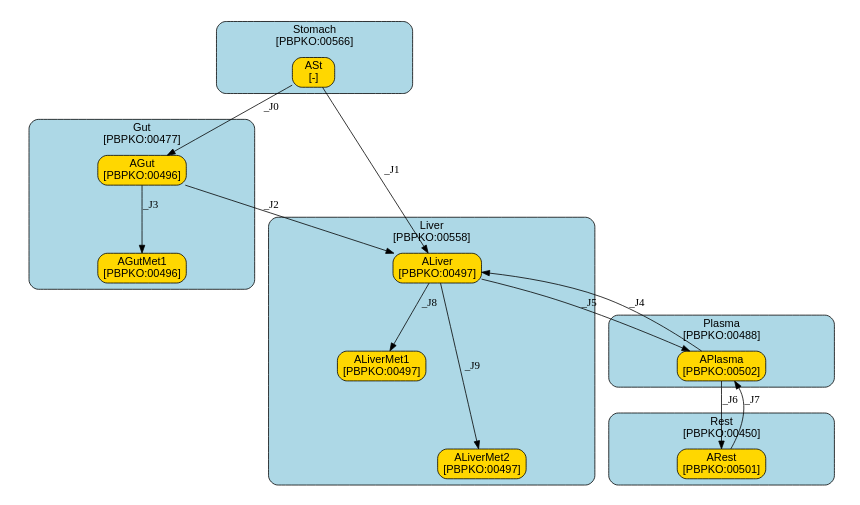
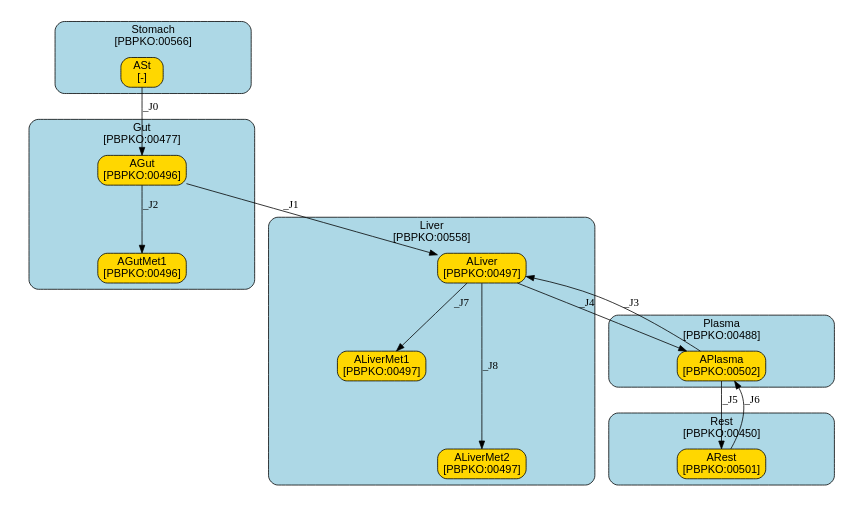
One commit to fair-pbk/exposure-route-pbk-models changed the diagram in models/oral/Bisphenols/Deepika/summary.dot. Above: the diagram before and after it, drawn with Graphviz. The commit also changed 120 other files, not shown here.

```diff
--- a/models/oral/Bisphenols/Deepika/summary.dot
+++ b/models/oral/Bisphenols/Deepika/summary.dot
@@ -1,130 +1,130 @@
 digraph {
 	graph [ratio=fill,
 		size="7,4"
 	];
 	node [fontname=Arial];
 	subgraph cluster_Stomach {
 		graph [color=black,
 			fillcolor=lightblue,
 			fontname=Arial,
 			href="#compartment-Stomach",
 			label="Stomach
 [PBPKO:00566]",
 			shape=box,
 			style="filled,rounded"
 		];
 		ASt	[color=black,
 			fillcolor=gold,
 			href="#species-ASt",
 			label="ASt
 [-]",
 			shape=box,
 			style="filled,rounded"];
 	}
 	subgraph cluster_Liver {
 		graph [color=black,
 			fillcolor=lightblue,
 			fontname=Arial,
 			href="#compartment-Liver",
 			label="Liver
 [PBPKO:00558]",
 			shape=box,
 			style="filled,rounded"
 		];
 		ALiver	[color=black,
 			fillcolor=gold,
 			href="#species-ALiver",
 			label="ALiver
 [PBPKO:00497]",
 			shape=box,
 			style="filled,rounded"];
 		ALiverMet1	[color=black,
 			fillcolor=gold,
 			href="#species-ALiverMet1",
 			label="ALiverMet1
 [PBPKO:00497]",
 			shape=box,
 			style="filled,rounded"];
 		ALiverMet2	[color=black,
 			fillcolor=gold,
 			href="#species-ALiverMet2",
 			label="ALiverMet2
 [PBPKO:00497]",
 			shape=box,
 			style="filled,rounded"];
 	}
 	subgraph cluster_Plasma {
 		graph [color=black,
 			fillcolor=lightblue,
 			fontname=Arial,
 			href="#compartment-Plasma",
 			label="Plasma
 [PBPKO:00488]",
 			shape=box,
 			style="filled,rounded"
 		];
 		APlasma	[color=black,
 			fillcolor=gold,
 			href="#species-APlasma",
 			label="APlasma
 [PBPKO:00502]",
 			shape=box,
 			style="filled,rounded"];
 	}
 	subgraph cluster_Gut {
 		graph [color=black,
 			fillcolor=lightblue,
 			fontname=Arial,
 			href="#compartment-Gut",
 			label="Gut
 [PBPKO:00477]",
 			shape=box,
 			style="filled,rounded"
 		];
 		AGut	[color=black,
 			fillcolor=gold,
 			href="#species-AGut",
 			label="AGut
 [PBPKO:00496]",
 			shape=box,
 			style="filled,rounded"];
 		AGutMet1	[color=black,
 			fillcolor=gold,
 			href="#species-AGutMet1",
 			label="AGutMet1
 [PBPKO:00496]",
 			shape=box,
 			style="filled,rounded"];
 	}
 	subgraph cluster_Rest {
 		graph [color=black,
 			fillcolor=lightblue,
 			fontname=Arial,
 			href="#compartment-Rest",
 			label="Rest
 [PBPKO:00450]",
 			shape=box,
 			style="filled,rounded"
 		];
 		ARest	[color=black,
 			fillcolor=gold,
 			href="#species-ARest",
 			label="ARest
 [PBPKO:00501]",
 			shape=box,
 			style="filled,rounded"];
 	}
-	ASt -> ALiver	[label=_J1];
-	ASt -> AGut	[label=_J0];
-	ALiver -> ALiverMet1	[label=_J8,
+	ASt -> AGut	[label=_J0,
 		minlen=1];
-	ALiver -> ALiverMet2	[label=_J9,
+	ALiver -> ALiverMet1	[label=_J7,
+		minlen=1];
+	ALiver -> ALiverMet2	[label=_J8,
 		minlen=2];
-	ALiver -> APlasma	[label=_J5];
-	APlasma -> ALiver	[label=_J4];
-	APlasma -> ARest	[label=_J6];
-	AGut -> ALiver	[label=_J2];
-	AGut -> AGutMet1	[label=_J3,
+	ALiver -> APlasma	[label=_J4];
+	APlasma -> ALiver	[label=_J3];
+	APlasma -> ARest	[label=_J5];
+	AGut -> ALiver	[label=_J1];
+	AGut -> AGutMet1	[label=_J2,
 		minlen=1];
-	ARest -> APlasma	[label=_J7];
+	ARest -> APlasma	[label=_J6];
 }
```
